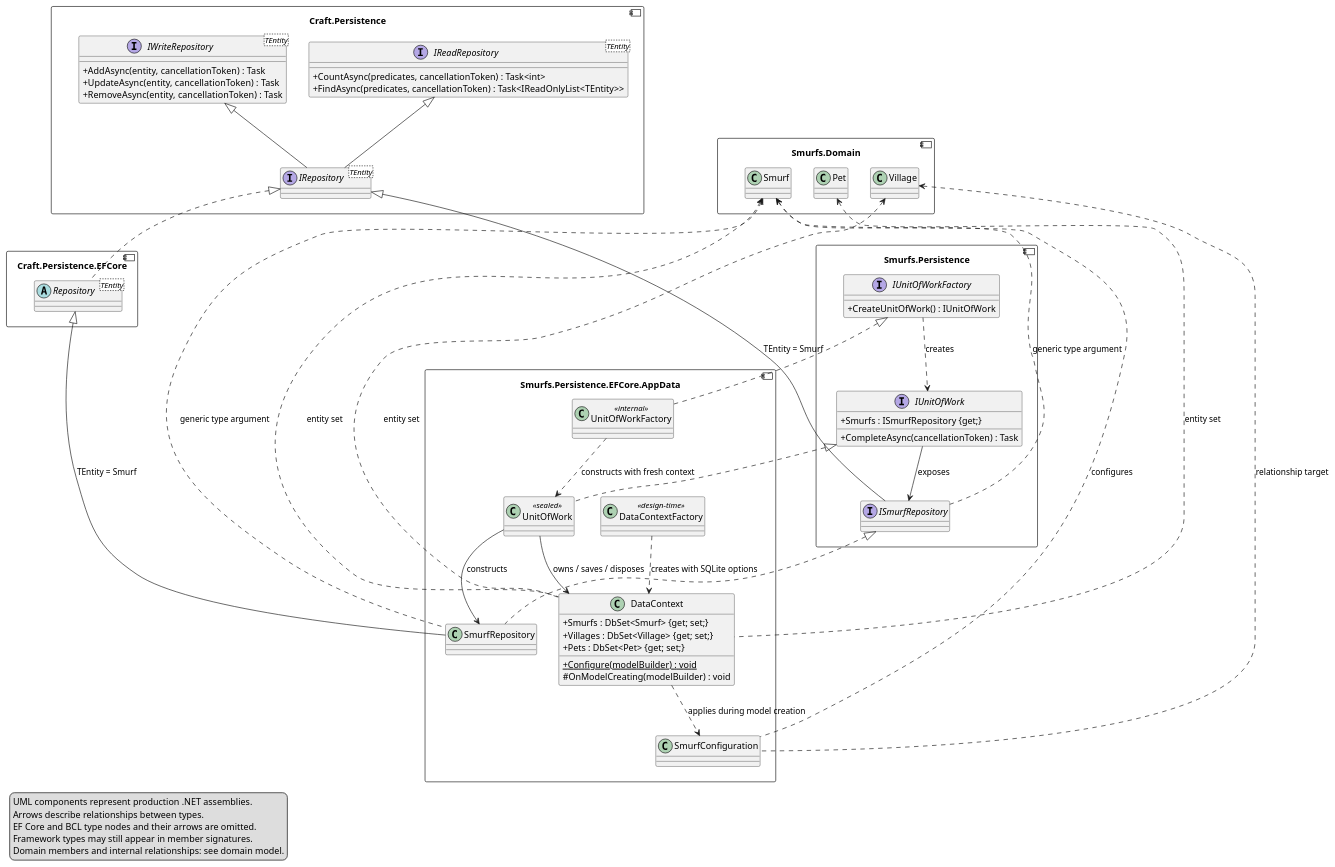
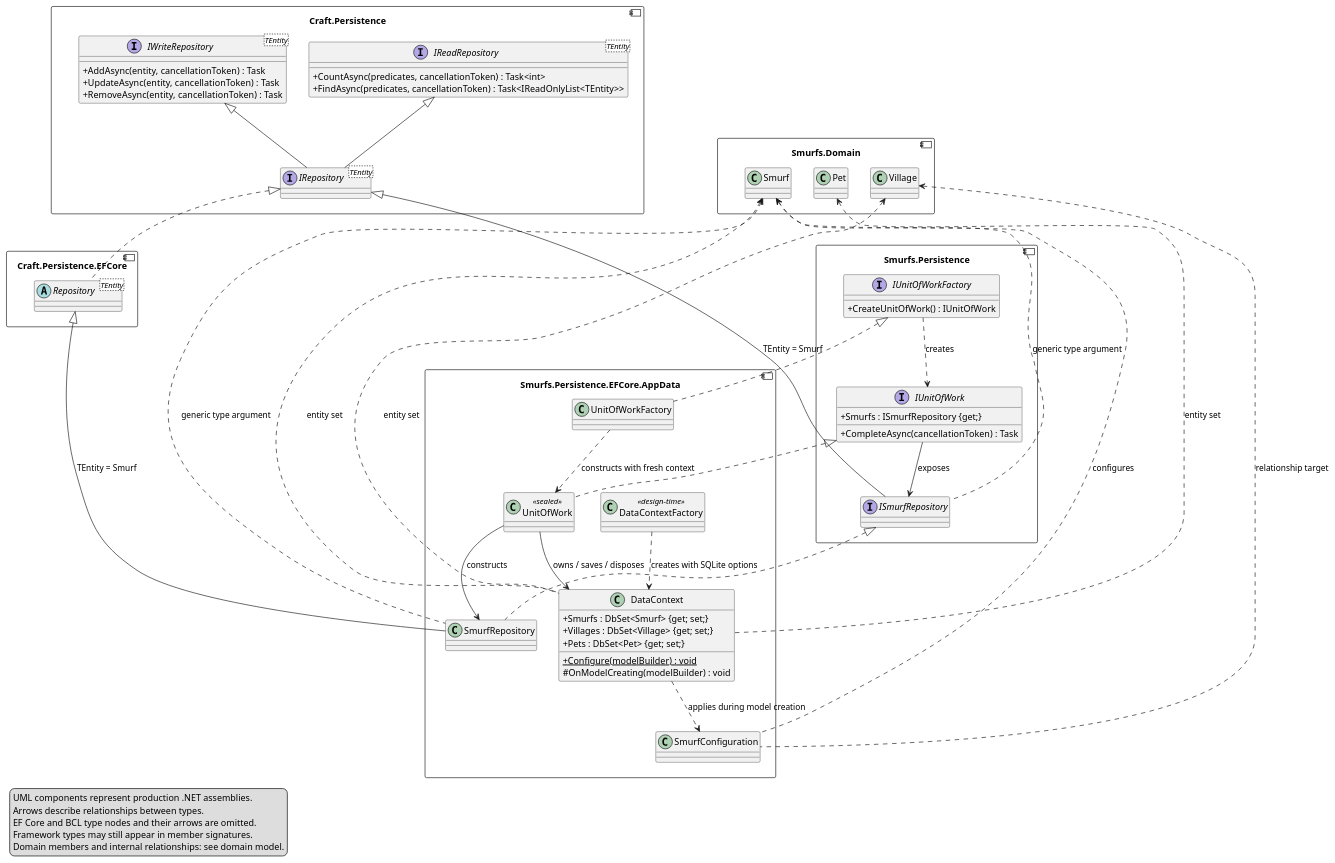
One commit to EbbeMeloSorensen/Smurfs changed the diagram in docs/structural/diagrams/persistence-architecture.puml. Above: the diagram before and after it, drawn with PlantUML. The commit also changed 10 other files, not shown here.

```diff
--- a/docs/structural/diagrams/persistence-architecture.puml
+++ b/docs/structural/diagrams/persistence-architecture.puml
@@ -1,87 +1,87 @@
 @startuml
 allowmixing
 skinparam componentStyle uml2
 skinparam classAttributeIconSize 0
 top to bottom direction
 component "Craft.Persistence" as CraftContracts {
   interface "IReadRepository<TEntity>" as IRead {
     +CountAsync(predicates, cancellationToken) : Task<int>
     +FindAsync(predicates, cancellationToken) : Task<IReadOnlyList<TEntity>>
   }
   interface "IWriteRepository<TEntity>" as IWrite {
     +AddAsync(entity, cancellationToken) : Task
     +UpdateAsync(entity, cancellationToken) : Task
     +RemoveAsync(entity, cancellationToken) : Task
   }
   interface "IRepository<TEntity>" as IRepository
 }
 component "Craft.Persistence.EFCore" as CraftEF {
   abstract class "Repository<TEntity>" as Repository
 }
 component "Smurfs.Persistence" as SmurfContracts {
   interface ISmurfRepository
   interface IUnitOfWork {
     +Smurfs : ISmurfRepository {get;}
     +CompleteAsync(cancellationToken) : Task
   }
   interface IUnitOfWorkFactory {
     +CreateUnitOfWork() : IUnitOfWork
   }
 }
 component "Smurfs.Persistence.EFCore.AppData" as AppData {
   class SmurfRepository
   class UnitOfWork <<sealed>>
-  class UnitOfWorkFactory <<internal>>
+  class UnitOfWorkFactory
   class DataContext {
     +Smurfs : DbSet<Smurf> {get; set;}
     +Villages : DbSet<Village> {get; set;}
     +Pets : DbSet<Pet> {get; set;}
     {static} +Configure(modelBuilder) : void
     #OnModelCreating(modelBuilder) : void
   }
   class DataContextFactory <<design-time>>
   class SmurfConfiguration
 }
 component "Smurfs.Domain" as Domain {
   class Smurf
   class Village
   class Pet
 }
 
 ' Invisible layout constraints only; these are not assembly references.
 CraftContracts -[hidden]right- Domain
 CraftContracts -[hidden]down-> CraftEF
 Domain -[hidden]down-> SmurfContracts
 CraftEF -[hidden]down-> AppData
 SmurfContracts -[hidden]down-> AppData
 
 IRead <|-- IRepository
 IWrite <|-- IRepository
 IRepository <|.. Repository
 IRepository <|-- ISmurfRepository : TEntity = Smurf
 Repository <|-- SmurfRepository : TEntity = Smurf
 ISmurfRepository <|.. SmurfRepository
 ISmurfRepository .up.> Smurf : generic type argument
 SmurfRepository .up.> Smurf : generic type argument
 SmurfConfiguration .up.> Smurf : configures
 SmurfConfiguration .up.> Village : relationship target
 DataContext .up.> Smurf : entity set
 DataContext .up.> Village : entity set
 DataContext .up.> Pet : entity set
 IUnitOfWork <|.. UnitOfWork
 IUnitOfWorkFactory <|.. UnitOfWorkFactory
 IUnitOfWork --> ISmurfRepository : exposes
 IUnitOfWorkFactory ..> IUnitOfWork : creates
 UnitOfWork --> SmurfRepository : constructs
 UnitOfWork --> DataContext : owns / saves / disposes
 UnitOfWorkFactory ..> UnitOfWork : constructs with fresh context
 DataContextFactory ..> DataContext : creates with SQLite options
 DataContext ..> SmurfConfiguration : applies during model creation
 legend bottom left
   UML components represent production .NET assemblies.
   Arrows describe relationships between types.
   EF Core and BCL type nodes and their arrows are omitted.
   Framework types may still appear in member signatures.
   Domain members and internal relationships: see domain model.
 endlegend
 @enduml
```
